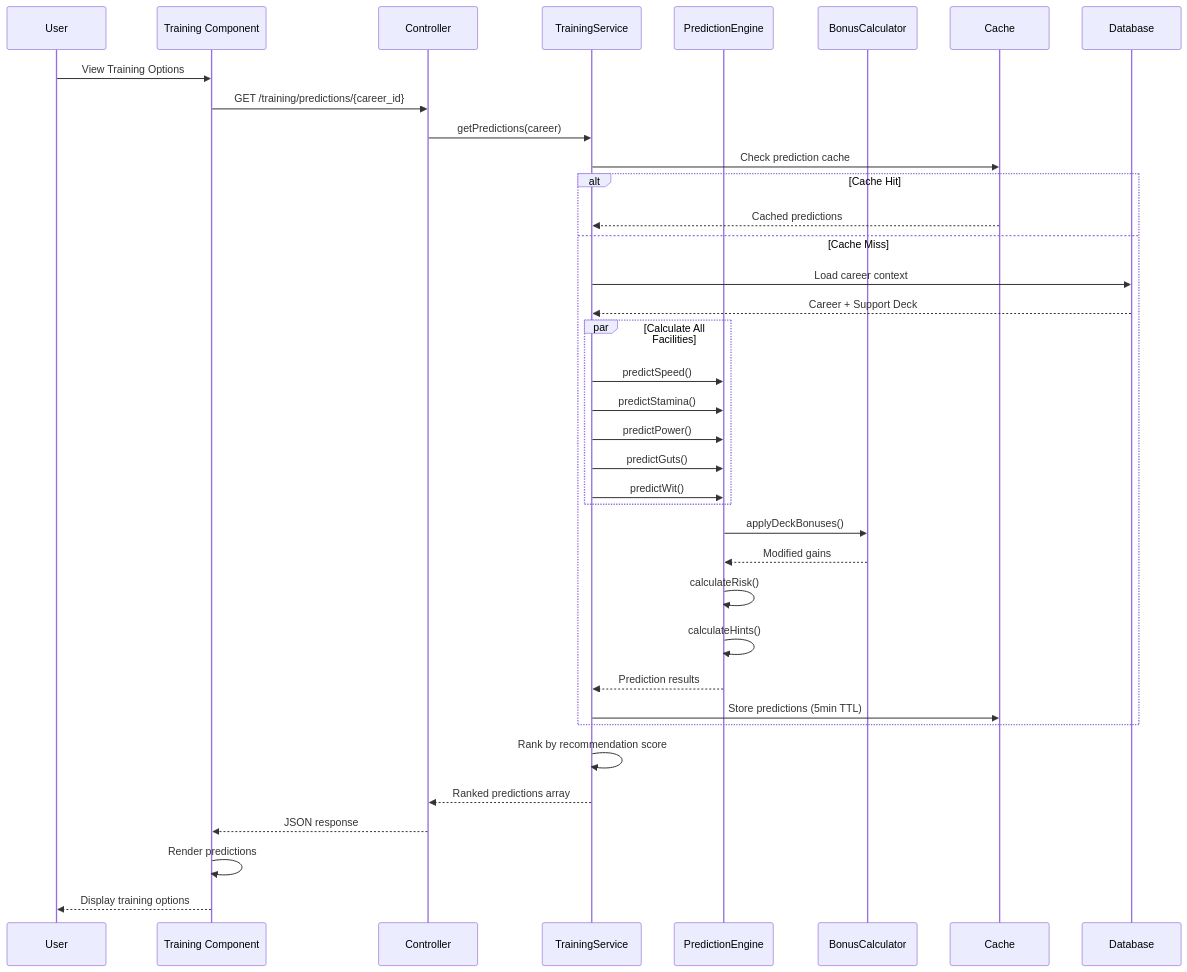
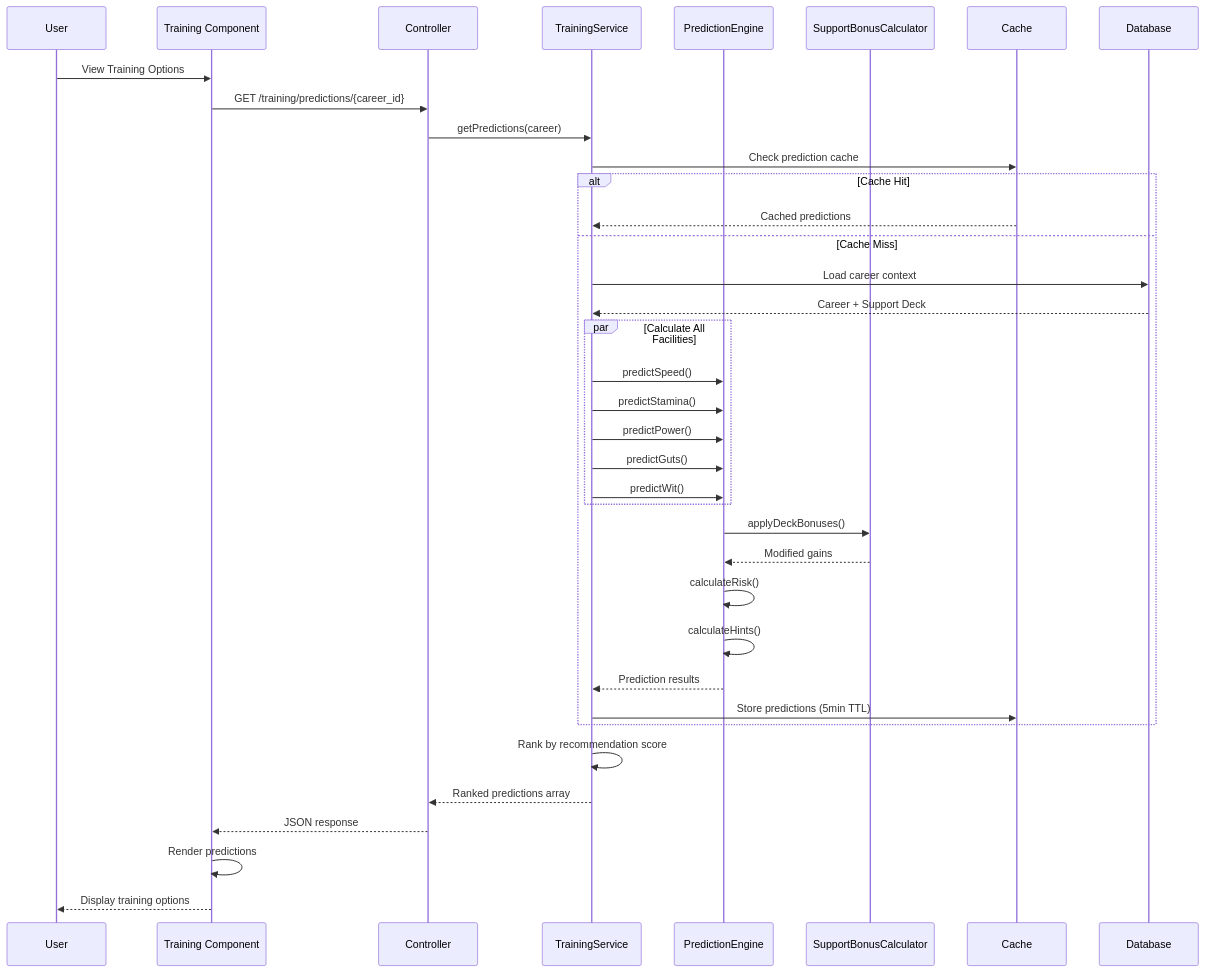
Before and after one commit to exatfrds67/umamusume-career-planner: the second of 17 diagrams in docs/01-sequences/000_SEQUENCE_DIAGRAMS_INDEX.md, drawn with Mermaid. The commit also changed other lines of this file and 111 other files, not shown here.

````diff
--- a/docs/01-sequences/000_SEQUENCE_DIAGRAMS_INDEX.md
+++ b/docs/01-sequences/000_SEQUENCE_DIAGRAMS_INDEX.md
@@ -86,45 +86,45 @@
 ```mermaid
 sequenceDiagram
     participant User
     participant Livewire as Training Component
     participant Controller
     participant TrainingService
     participant PredictionEngine
-    participant BonusCalculator
+    participant SupportBonusCalculator
     participant Cache
     participant Database
 
     User->>Livewire: View Training Options
     Livewire->>Controller: GET /training/predictions/{career_id}
     Controller->>TrainingService: getPredictions(career)
     
     TrainingService->>Cache: Check prediction cache
     alt Cache Hit
         Cache-->>TrainingService: Cached predictions
     else Cache Miss
         TrainingService->>Database: Load career context
         Database-->>TrainingService: Career + Support Deck
         
         par Calculate All Facilities
             TrainingService->>PredictionEngine: predictSpeed()
             TrainingService->>PredictionEngine: predictStamina()
             TrainingService->>PredictionEngine: predictPower()
             TrainingService->>PredictionEngine: predictGuts()
             TrainingService->>PredictionEngine: predictWit()
         end
         
-        PredictionEngine->>BonusCalculator: applyDeckBonuses()
-        BonusCalculator-->>PredictionEngine: Modified gains
+        PredictionEngine->>SupportBonusCalculator: applyDeckBonuses()
+        SupportBonusCalculator-->>PredictionEngine: Modified gains
         PredictionEngine->>PredictionEngine: calculateRisk()
         PredictionEngine->>PredictionEngine: calculateHints()
         PredictionEngine-->>TrainingService: Prediction results
         
         TrainingService->>Cache: Store predictions (5min TTL)
     end
     
     TrainingService->>TrainingService: Rank by recommendation score
     TrainingService-->>Controller: Ranked predictions array
     Controller-->>Livewire: JSON response
     Livewire->>Livewire: Render predictions
     Livewire-->>User: Display training options
 ```
````
